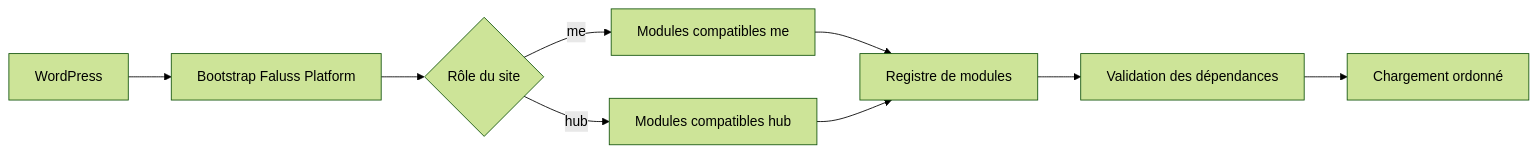
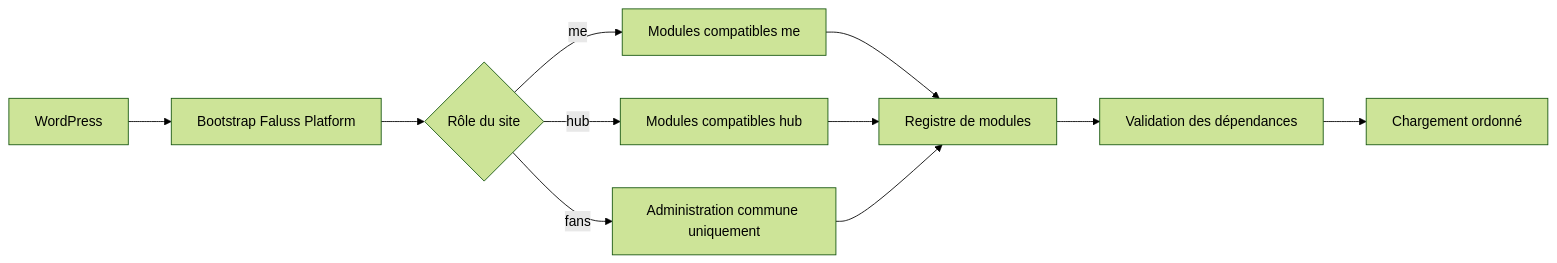
The diagram in docs/ARCHITECTURE.md (Alternative-LAB/faluss-platform), drawn with Mermaid (forest theme) before and after one commit. The commit also changed other lines of this file and 15 other files, not shown here.

Commit message:
✨ Admit the Fans site role safely (#53)

````diff
--- a/docs/ARCHITECTURE.md
+++ b/docs/ARCHITECTURE.md
@@ -5,11 +5,13 @@
 ```mermaid
 flowchart LR
     WP[WordPress] --> Bootstrap[Bootstrap Faluss Platform]
     Bootstrap --> Role{Rôle du site}
     Role -->|me| Me[Modules compatibles me]
     Role -->|hub| Hub[Modules compatibles hub]
+    Role -->|fans| Fans[Administration commune uniquement]
     Me --> Registry[Registre de modules]
     Hub --> Registry
+    Fans --> Registry
     Registry --> Checks[Validation des dépendances]
     Checks --> Boot[Chargement ordonné]
 ```
````
